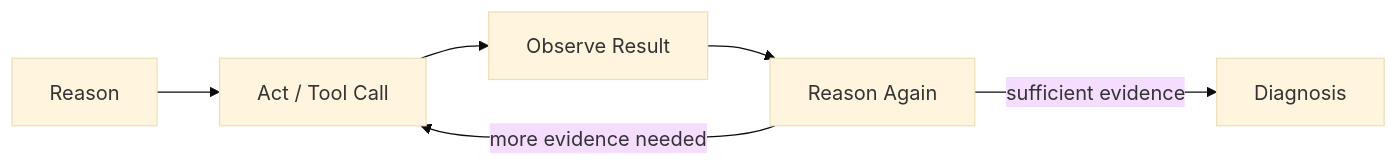
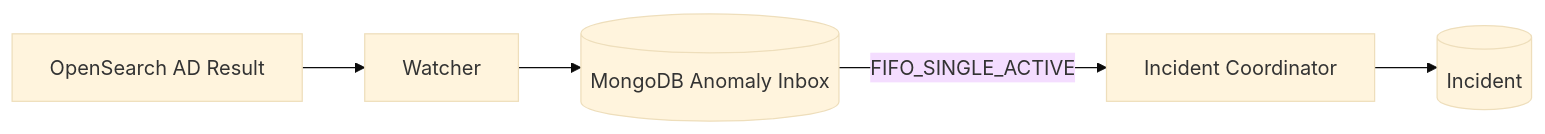
Before and after one commit to davidedimarco00/AgenticProactiveMonitor: the third of 7 diagrams in docs/report/Design.md, drawn with Mermaid (base theme). The commit also changed other lines of this file and 7 other files, not shown here.

````diff
--- a/docs/report/Design.md
+++ b/docs/report/Design.md
@@ -178,8 +115,7 @@
 ```mermaid
 flowchart LR
-    R1[Reason] --> A1[Act / Tool Call]
-    A1 --> O1[Observe Result]
-    O1 --> R2[Reason Again]
-    R2 -->|more evidence needed| A1
-    R2 -->|sufficient evidence| D[Diagnosis]
+    AD[OpenSearch AD Result] --> W[Watcher]
+    W --> I[(MongoDB Anomaly Inbox)]
+    I -->|FIFO_SINGLE_ACTIVE| C[Incident Coordinator]
+    C --> INC[(Incident)]
 ```
````
